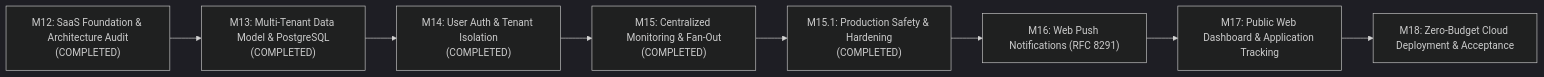
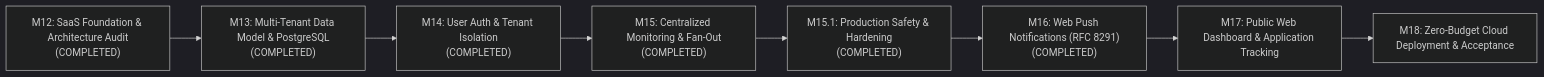
The diagram in docs/SAAS_ROADMAP.md (aadesh-2006/HawkOffer), drawn with Mermaid (dark theme) before and after one commit. The commit also changed other lines of this file and 25 other files, not shown here.

Commit message:
feat(push): M16 Web Push notifications (RFC 8291/8292) and background dispatch

````diff
--- a/docs/SAAS_ROADMAP.md
+++ b/docs/SAAS_ROADMAP.md
@@ -12,10 +12,10 @@
 ```mermaid
 flowchart LR
     M12["M12: SaaS Foundation & Architecture Audit<br/>(COMPLETED)"] --> M13["M13: Multi-Tenant Data Model & PostgreSQL<br/>(COMPLETED)"]
     M13 --> M14["M14: User Auth & Tenant Isolation<br/>(COMPLETED)"]
     M14 --> M15["M15: Centralized Monitoring & Fan-Out<br/>(COMPLETED)"]
     M15 --> M15_1["M15.1: Production Safety & Hardening<br/>(COMPLETED)"]
-    M15_1 --> M16["M16: Web Push Notifications (RFC 8291)"]
+    M15_1 --> M16["M16: Web Push Notifications (RFC 8291)<br/>(COMPLETED)"]
     M16 --> M17["M17: Public Web Dashboard & Application Tracking"]
     M17 --> M18["M18: Zero-Budget Cloud Deployment & Acceptance"]
 ```
````
